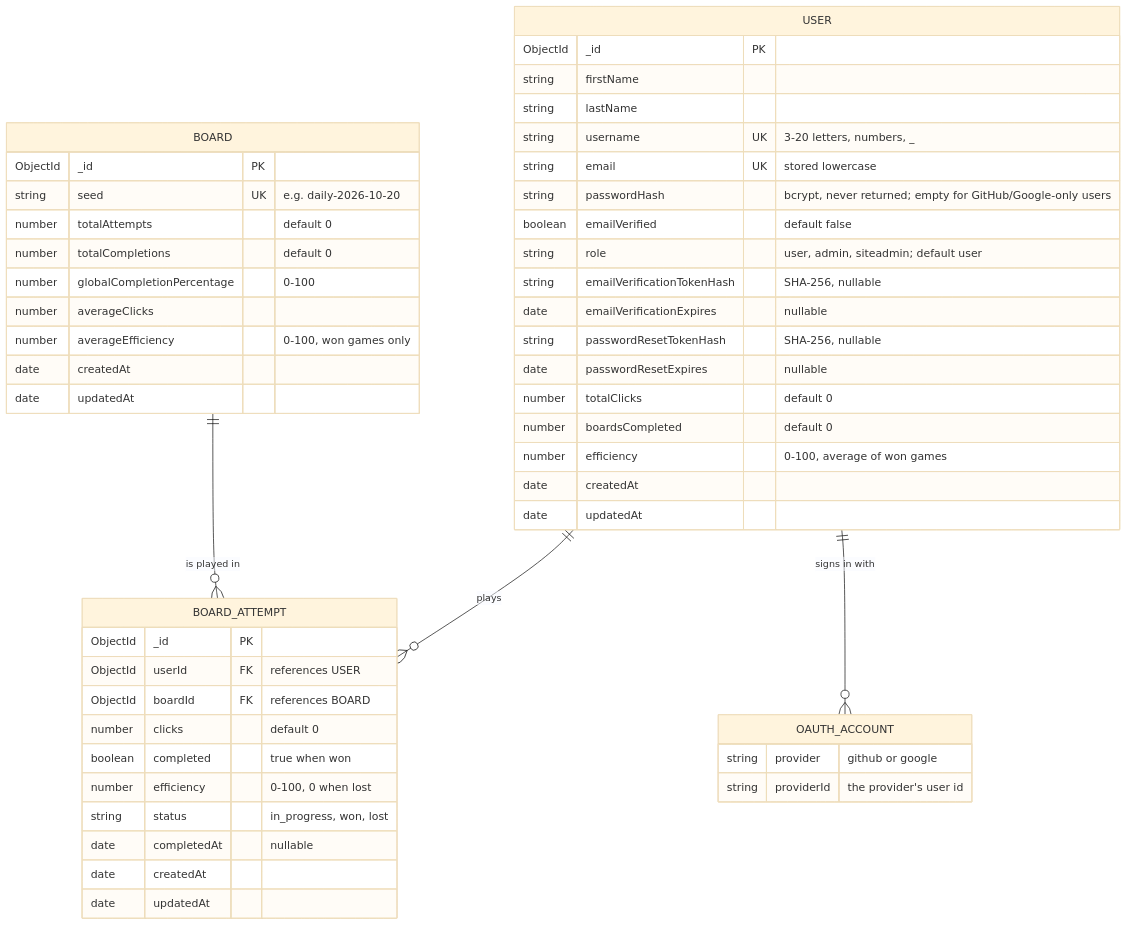
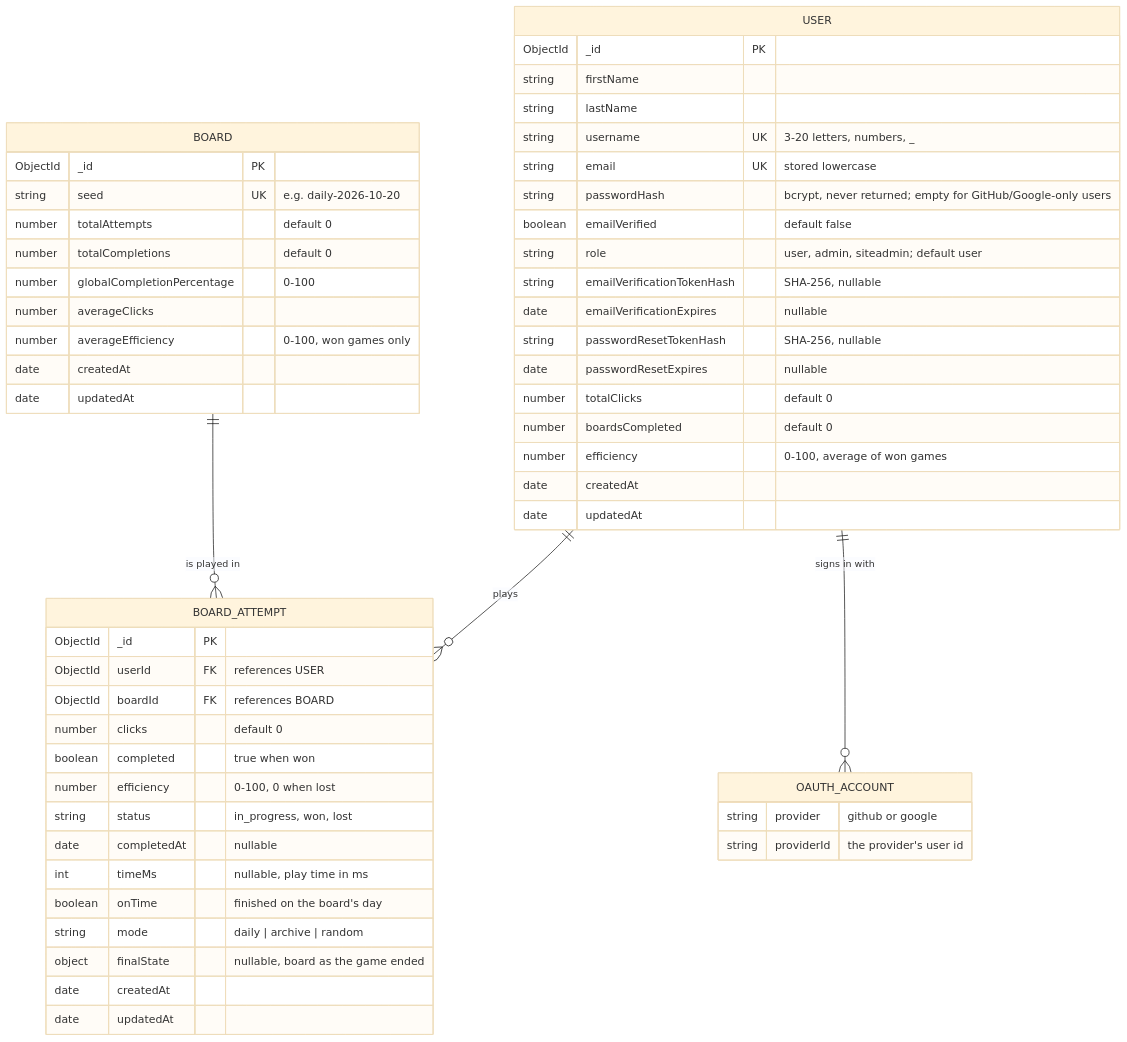
The diagram in docs/erd.md (Skatboards/COP4331-MERN-Project), drawn with Mermaid (base theme) before and after one commit. The commit also changed other lines of this file and 16 other files, not shown here.

First line of the commit message:
Record timing, mode and final board on attempts; add archive stats endpoints

````diff
--- a/docs/erd.md
+++ b/docs/erd.md
@@ -5,56 +5,60 @@
 ```mermaid
 erDiagram
     USER ||--o{ BOARD_ATTEMPT : "plays"
     USER ||--o{ OAUTH_ACCOUNT : "signs in with"
     BOARD ||--o{ BOARD_ATTEMPT : "is played in"
 
     USER {
         ObjectId _id PK
         string firstName
         string lastName
         string username UK "3-20 letters, numbers, _"
         string email UK "stored lowercase"
         string passwordHash "bcrypt, never returned; empty for GitHub/Google-only users"
         boolean emailVerified "default false"
         string role "user, admin, siteadmin; default user"
         string emailVerificationTokenHash "SHA-256, nullable"
         date emailVerificationExpires "nullable"
         string passwordResetTokenHash "SHA-256, nullable"
         date passwordResetExpires "nullable"
         number totalClicks "default 0"
         number boardsCompleted "default 0"
         number efficiency "0-100, average of won games"
         date createdAt
         date updatedAt
     }
 
     OAUTH_ACCOUNT {
         string provider "github or google"
         string providerId "the provider's user id"
     }
 
     BOARD {
         ObjectId _id PK
         string seed UK "e.g. daily-2026-10-20"
         number totalAttempts "default 0"
         number totalCompletions "default 0"
         number globalCompletionPercentage "0-100"
         number averageClicks
         number averageEfficiency "0-100, won games only"
         date createdAt
         date updatedAt
     }
 
     BOARD_ATTEMPT {
         ObjectId _id PK
         ObjectId userId FK "references USER"
         ObjectId boardId FK "references BOARD"
         number clicks "default 0"
         boolean completed "true when won"
         number efficiency "0-100, 0 when lost"
         string status "in_progress, won, lost"
         date completedAt "nullable"
+        int timeMs "nullable, play time in ms"
+        boolean onTime "finished on the board's day"
+        string mode "daily | archive | random"
+        object finalState "nullable, board as the game ended"
         date createdAt
         date updatedAt
     }
 ```
````
